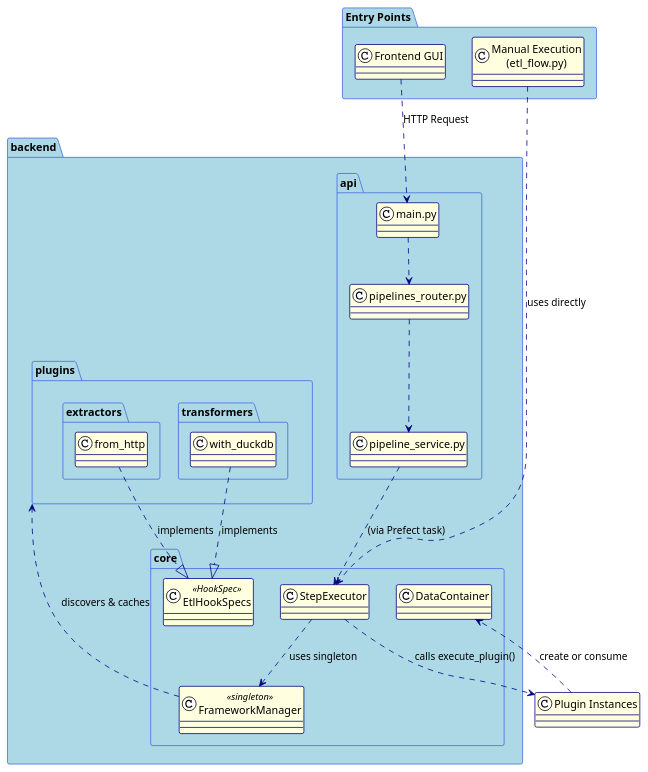
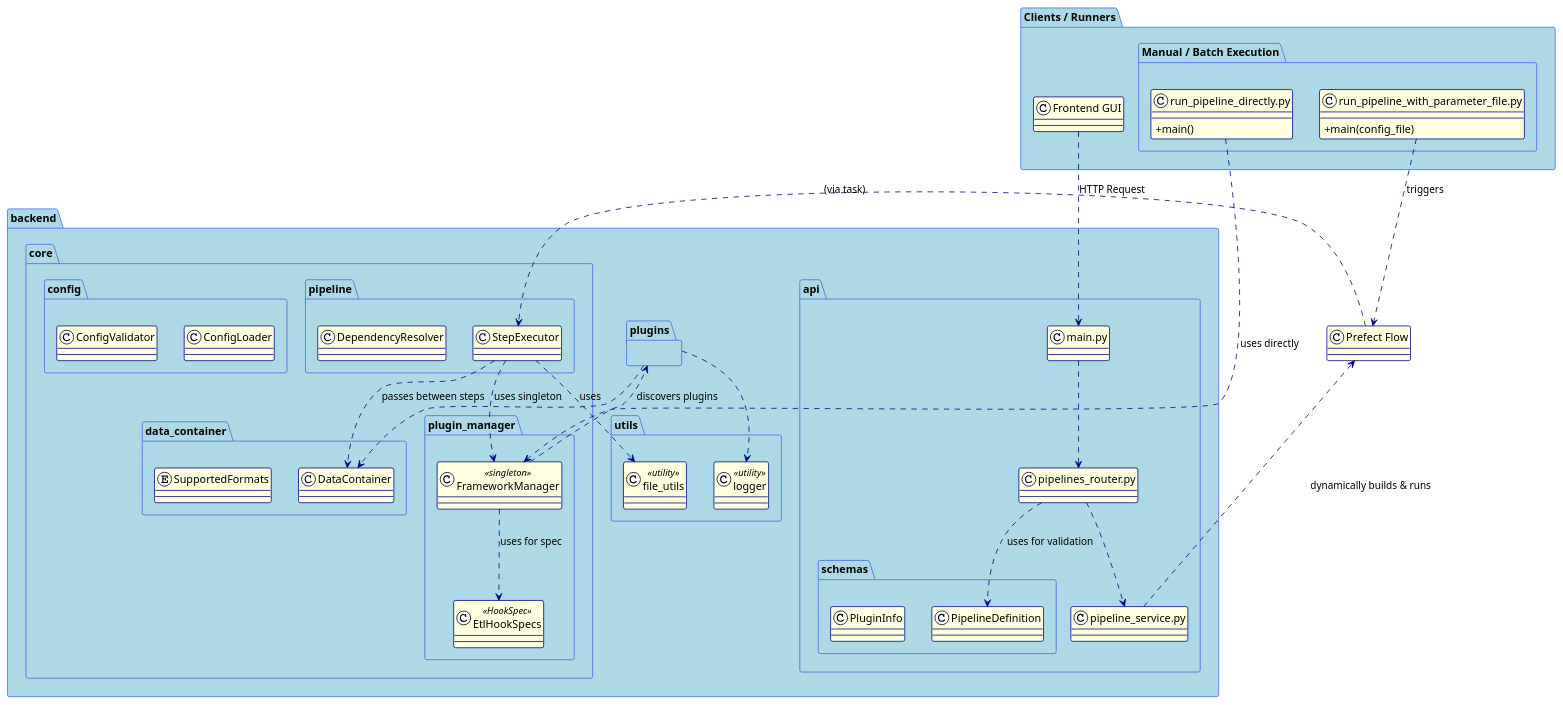
Before and after one commit to crayoncrayon2003/ETLPipelineBuilder: the first of 2 diagrams in DiagramBackend.puml, drawn with PlantUML. The commit also changed other lines of this file and 1 other file, not shown here.

```diff
--- a/DiagramBackend.puml
+++ b/DiagramBackend.puml
@@ -1,83 +1,130 @@
-@startuml ETL Framework Backend - Final Architecture (Syntax Corrected)
+@startuml ETL Framework Backend
 
 !theme plain
 skinparam classAttributeIconSize 0
 skinparam defaultFontName "Segoe UI", "Helvetica", "Arial"
 skinparam package {
     BackgroundColor LightBlue
     BorderColor RoyalBlue
 }
 skinparam class {
     BackgroundColor LightYellow
     ArrowColor Navy
     BorderColor Navy
 }
 skinparam stereotype {
     BackgroundColor Peru
     FontColor white
 }
+skinparam enum {
+    BackgroundColor LightGreen
+}
 
 ' #############################################
-' ###      ENTRY POINTS & CORE              ###
+' ###      ENTRY POINTS (Clients / Runners) ###
 ' #############################################
 
-package "Entry Points" {
+package "Clients / Runners" {
     class "Frontend GUI" as Frontend
-    class "Manual Execution\n(etl_flow.py)" as ManualFlow
+    package "Manual / Batch Execution" {
+        class "run_pipeline_with_parameter_file.py" as BatchRunner {
+            + main(config_file)
+        }
+        class "run_pipeline_directly.py" as DirectRunner {
+            + main()
+        }
+    }
 }
+
+' #############################################
+' ###        BACKEND API SERVER             ###
+' #############################################
 
 package "backend.api" {
     class "main.py" as FastApiApp
     class "pipelines_router.py" as PipelinesRouter
     class "pipeline_service.py" as PipelineService
+    package "schemas" {
+        class PipelineDefinition
+        class PluginInfo
+    }
 }
 
+
+' #############################################
+' ###           CORE FRAMEWORK              ###
+' #############################################
+
 package "backend.core" {
-    class StepExecutor
-    class FrameworkManager <<singleton>>
-    class EtlHookSpecs <<HookSpec>>
-    class DataContainer
+    package "pipeline" {
+        class StepExecutor
+        class DependencyResolver
+    }
+
+    package "plugin_manager" {
+        class FrameworkManager <<singleton>>
+        class EtlHookSpecs <<HookSpec>>
+    }
+
+    package "data_container" {
+        class DataContainer
+        enum SupportedFormats
+    }
+
+    package "config" {
+        class ConfigLoader
+        class ConfigValidator
+    }
 }
 
 ' #############################################
 ' ###              PLUGINS                  ###
 ' #############################################
+package "backend.plugins" {
+    ' extractors
+    ' cleansing
+    ' transformers
+    ' validators
+    ' loaders
+    '  ...
+}
 
-package "backend.plugins" {
-    package "extractors" {
-        class from_http
-    }
-    package "transformers" {
-        class with_duckdb
-    }
-    ' ... other plugins ...
+' #############################################
+' ###             UTILITIES                 ###
+' #############################################
+package "backend.utils" {
+    class "file_utils" as FileUtils <<utility>>
+    class "logger" as Logger <<utility>>
+    ' ... others
 }
+
 
 ' #############################################
 ' ###            RELATIONSHIPS              ###
 ' #############################################
 
-' --- Top Level Flow ---
+' --- API Execution Flow ---
 Frontend ..> FastApiApp : HTTP Request
-ManualFlow ..> StepExecutor : uses directly
-
-' --- API Layer Flow ---
 FastApiApp ..> PipelinesRouter
 PipelinesRouter ..> PipelineService
+PipelinesRouter ..> backend.api.schemas.PipelineDefinition : uses for validation
+PipelineService ..> "Prefect Flow" : dynamically builds & runs
+"Prefect Flow" ..> StepExecutor : (via task)
 
-' --- Core Logic Flow ---
-PipelineService ..> StepExecutor : (via Prefect task)
+' --- Manual / Batch Execution Flow ---
+BatchRunner ..> "Prefect Flow" : triggers
+DirectRunner ..> FrameworkManager : uses directly
+
+' --- Core Engine Flow ---
 StepExecutor ..> FrameworkManager : uses singleton
+FrameworkManager ..> backend.plugins : discovers plugins
+FrameworkManager ..> EtlHookSpecs : uses for spec
+StepExecutor ..> DataContainer : passes between steps
 
-' FrameworkManager discovers all classes within the 'backend.plugins' package
-FrameworkManager ..> backend.plugins : discovers & caches
+' --- Utility and Other Dependencies ---
+StepExecutor ..> FileUtils : uses
+' Plugins can use any core component or utility
+backend.plugins ..> DataContainer
+backend.plugins ..> Logger
 
-' Each concrete plugin class implements the hook specification
-backend.plugins.extractors.from_http ..|> EtlHookSpecs : implements
-backend.plugins.transformers.with_duckdb ..|> EtlHookSpecs : implements
-
-' --- Data and Execution Flow ---
-StepExecutor ..> "Plugin Instances" : calls execute_plugin()
-"Plugin Instances" ..> DataContainer : create or consume
-
-@enduml
+@endumd
```
